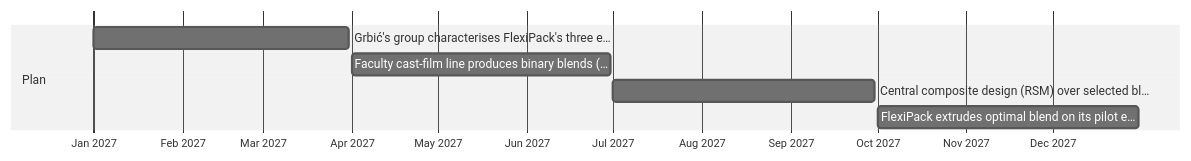
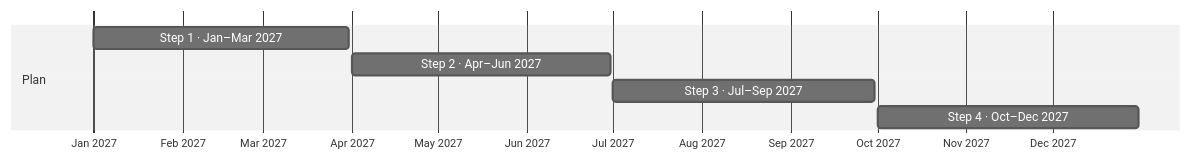
One commit to JannetEkka/spona changed the second of 3 diagrams in runs/2026-10-31-full/proposals/04-C058-R0715.md. Above: the diagram before and after it, drawn with Mermaid (neutral theme). The commit also changed other lines of this file and 9 other files, not shown here.

First line of the commit message:
Proposal diagrams: complete labels instead of cut-off titles

````diff
--- a/runs/2026-10-31-full/proposals/04-C058-R0715.md
+++ b/runs/2026-10-31-full/proposals/04-C058-R0715.md
@@ -44,11 +44,11 @@
 ```mermaid
 gantt
     dateFormat YYYY-MM-DD
     axisFormat %b %Y
     todayMarker off
     section Plan
-    Grbić's group characterises FlexiPack's three e… : p1, 2027-01-01, 2027-03-31
-    Faculty cast-film line produces binary blends (… : p2, 2027-04-01, 2027-06-30
-    Central composite design (RSM) over selected bl… : p3, 2027-07-01, 2027-09-30
-    FlexiPack extrudes optimal blend on its pilot e… : p4, 2027-10-01, 2027-12-31
+    Step 1 · Jan–Mar 2027 : p1, 2027-01-01, 2027-03-31
+    Step 2 · Apr–Jun 2027 : p2, 2027-04-01, 2027-06-30
+    Step 3 · Jul–Sep 2027 : p3, 2027-07-01, 2027-09-30
+    Step 4 · Oct–Dec 2027 : p4, 2027-10-01, 2027-12-31
 ```
````
